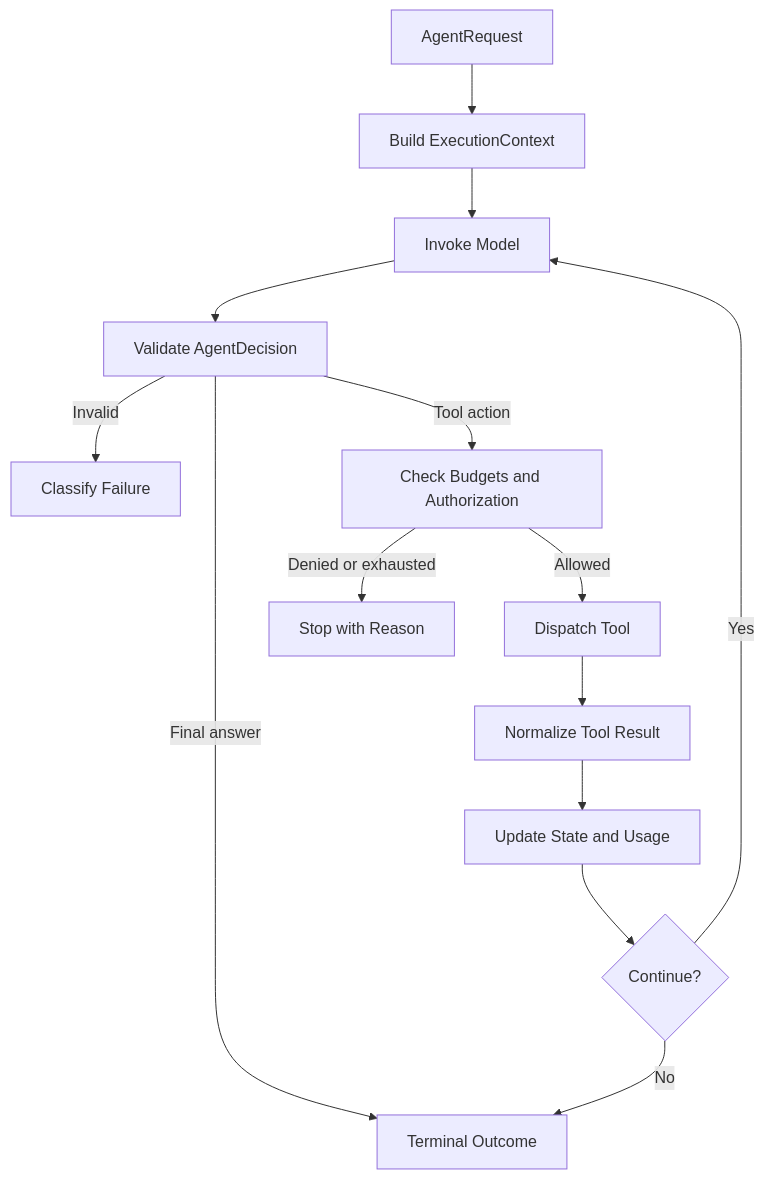
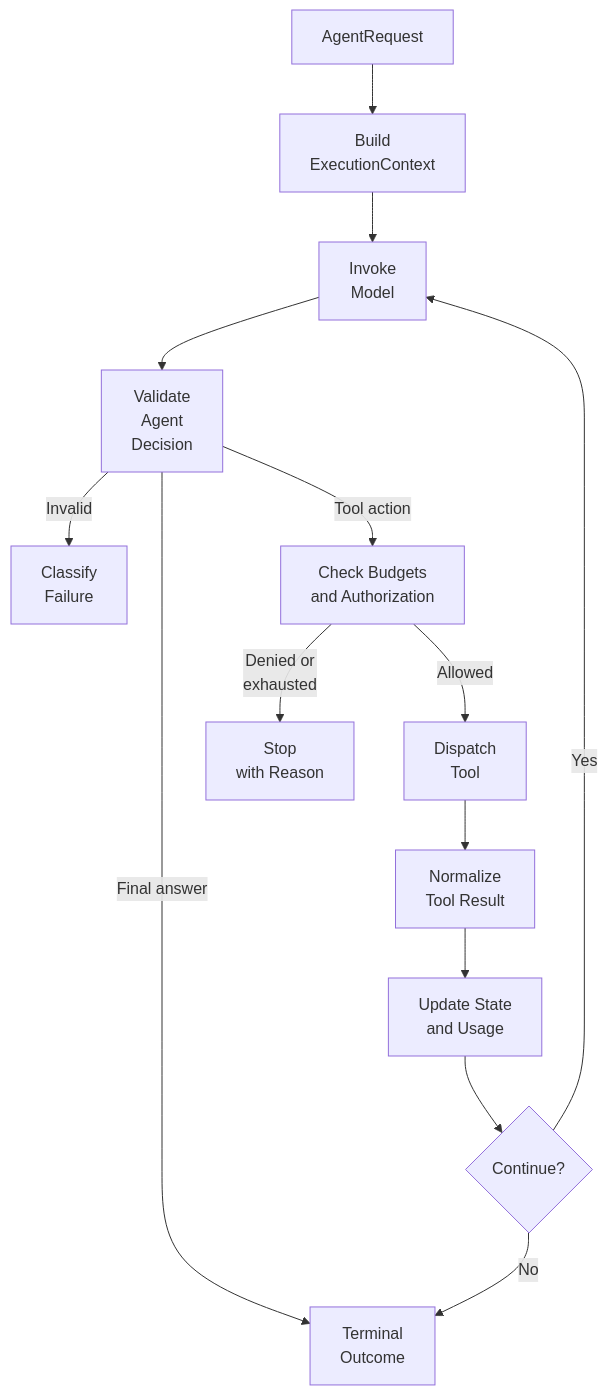
The first of 2 diagrams in docs/architecture-insights/ai-agents/5.1-engineering-bounded-enterprise-agents.md (MihirKJha/enterprise-ai-blog), drawn with Mermaid before and after one commit. The commit also changed other lines of this file, not shown here.

Commit message:
Updated note - 5.1-engineering-bounded-enterprise-agents.md
Updated note - 5.1-engineering-bounded-enterprise-agents.md

````diff
--- a/docs/architecture-insights/ai-agents/5.1-engineering-bounded-enterprise-agents.md
+++ b/docs/architecture-insights/ai-agents/5.1-engineering-bounded-enterprise-agents.md
@@ -35,16 +35,16 @@
 ```mermaid
 flowchart TD
-    A[AgentRequest] --> B[Build ExecutionContext]
-    B --> C[Invoke Model]
-    C --> D[Validate AgentDecision]
-    D -->|Invalid| E[Classify Failure]
-    D -->|Final answer| F[Terminal Outcome]
-    D -->|Tool action| G[Check Budgets and Authorization]
-    G -->|Denied or exhausted| H[Stop with Reason]
-    G -->|Allowed| I[Dispatch Tool]
-    I --> J[Normalize Tool Result]
-    J --> K[Update State and Usage]
+    A[AgentRequest] --> B[Build <br/>ExecutionContext]
+    B --> C[Invoke <br/>Model]
+    C --> D[Validate <br/>Agent <br/>Decision]
+    D -->|Invalid| E[Classify <br/>Failure]
+    D -->|Final answer| F[Terminal <br/>Outcome]
+    D -->|Tool action| G[Check Budgets<br/> and Authorization]
+    G -->|Denied or <br/>exhausted| H[Stop <br/>with Reason]
+    G -->|Allowed| I[Dispatch<br/> Tool]
+    I --> J[Normalize <br/>Tool Result]
+    J --> K[Update State <br/>and Usage]
     K --> L{Continue?}
     L -->|Yes| C
     L -->|No| F
 ```
````
